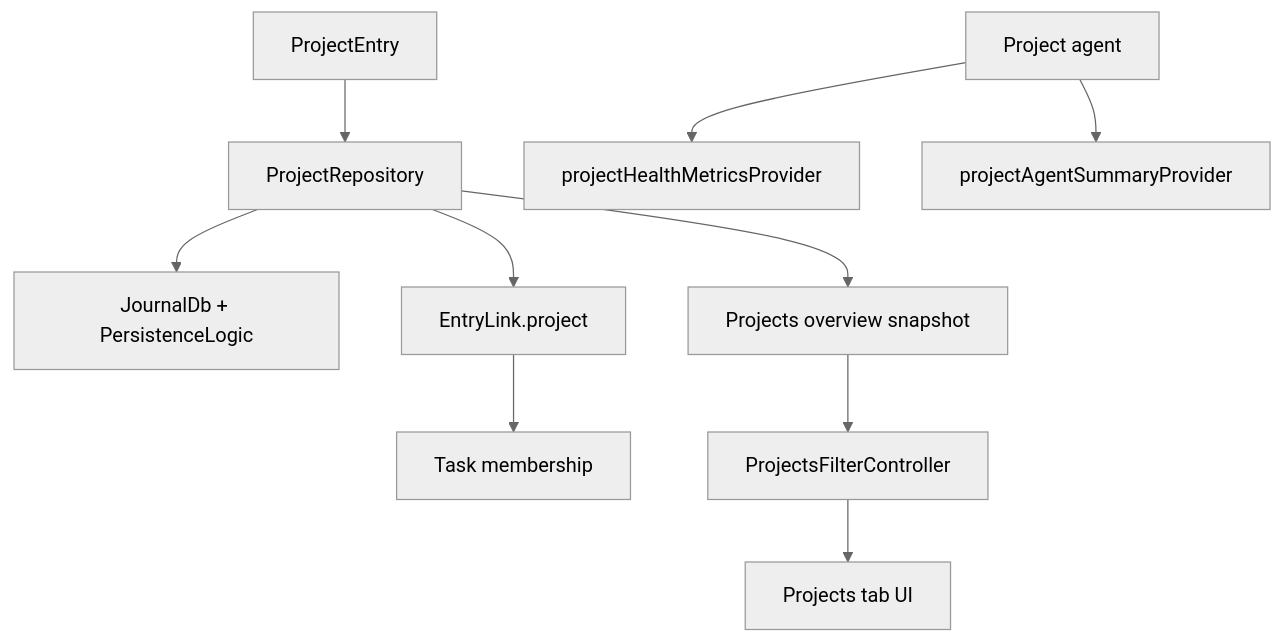
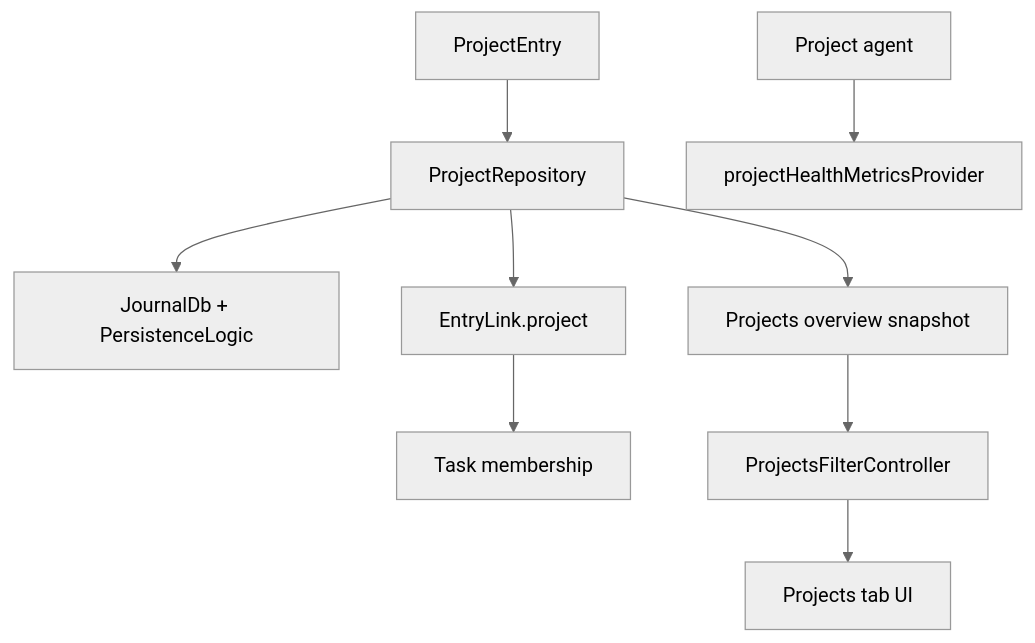
The first of 4 diagrams in knowledge/features/projects.md (matthiasn/lotti), drawn with Mermaid (neutral theme) before and after one commit. The commit also changed other lines of this file and 33 other files, not shown here.

````diff
--- a/knowledge/features/projects.md
+++ b/knowledge/features/projects.md
@@ -29,14 +29,13 @@
 ```mermaid
 flowchart TD
   ProjectEntry["ProjectEntry"] --> Repo["ProjectRepository"]
   Repo --> Journal["JournalDb + PersistenceLogic"]
   Repo --> Links["EntryLink.project"]
   Links --> Tasks["Task membership"]
 
   Repo --> Overview["Projects overview snapshot"]
   Overview --> Filters["ProjectsFilterController"]
   Filters --> Tab["Projects tab UI"]
 
   Agent["Project agent"] --> Health["projectHealthMetricsProvider"]
-  Agent --> Summary["projectAgentSummaryProvider"]
 ```
````
